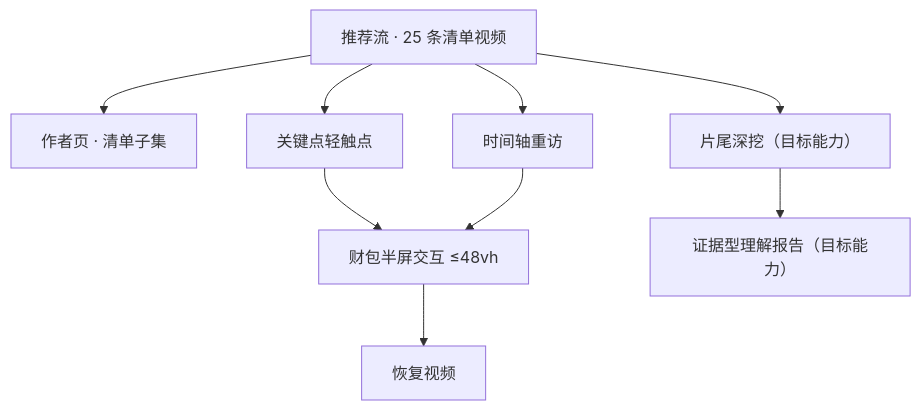
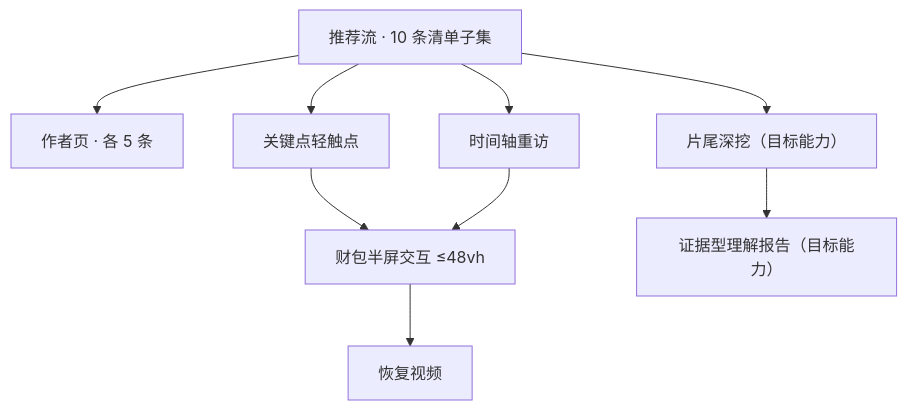
One commit to wzxsph/caibao changed the first of 5 diagrams in 财经推演室_PRD_V2.7.md. Above: the diagram before and after it, drawn with Mermaid. The commit also changed other lines of this file and 9 other files, not shown here.

````diff
--- a/财经推演室_PRD_V2.7.md
+++ b/财经推演室_PRD_V2.7.md
@@ -132,11 +133,11 @@
 ```mermaid
 flowchart TD
-  Feed["推荐流 · 25 条清单视频"] --> Author["作者页 · 清单子集"]
+  Feed["推荐流 · 10 条清单子集"] --> Author["作者页 · 各 5 条"]
   Feed --> Invite["关键点轻触点"]
   Invite --> Sheet["财包半屏交互 ≤48vh"]
   Sheet --> Resume["恢复视频"]
   Feed --> Timeline["时间轴重访"]
   Timeline --> Sheet
   Feed --> End["片尾深挖（目标能力）"]
   End --> Report["证据型理解报告（目标能力）"]
 ```
````
